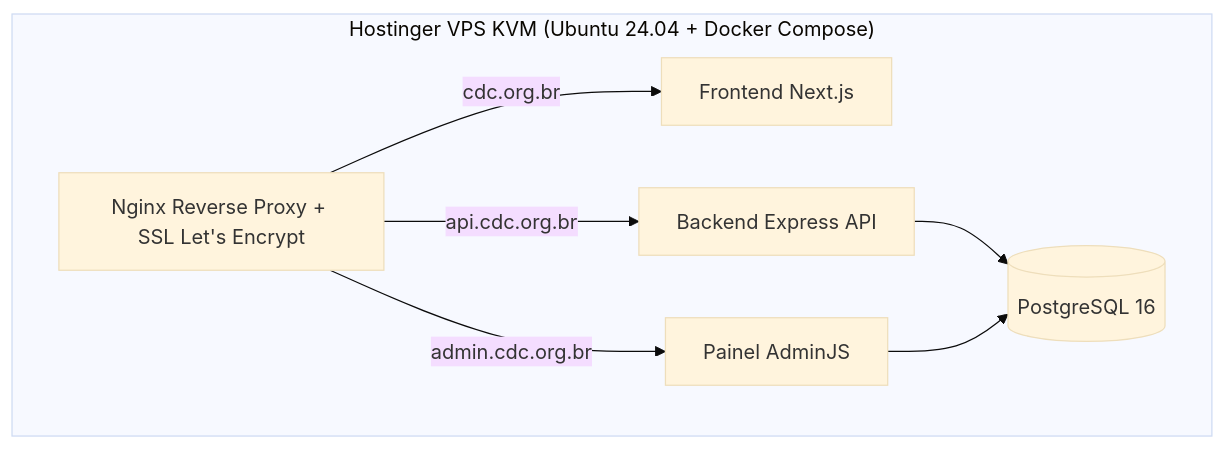
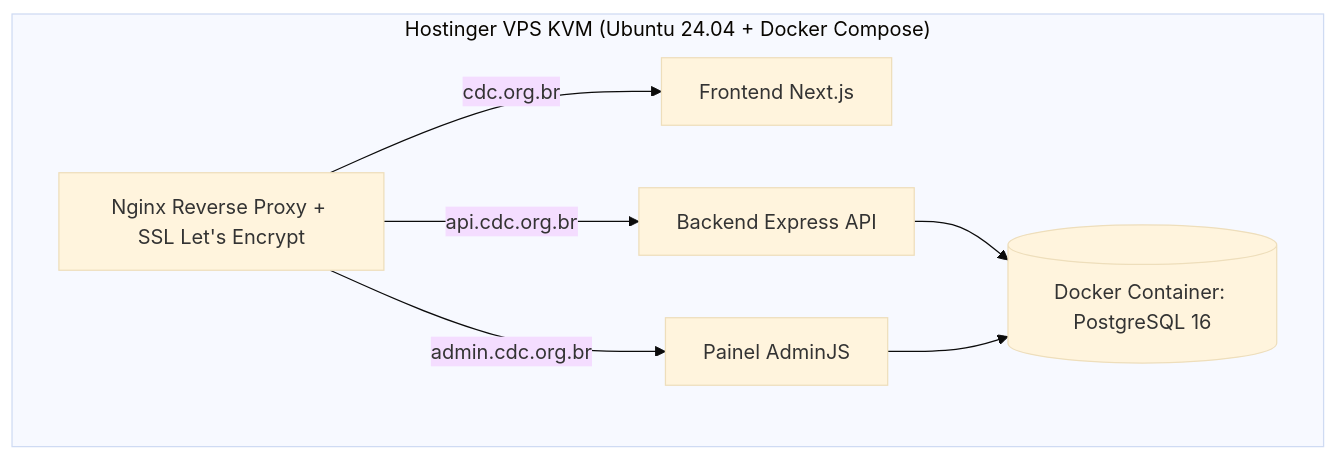
Before and after one commit to cdc-org-2025/site-cdc: the second of 2 diagrams in docs/inquerito_migracao_gcp_hostinger.md, drawn with Mermaid (base theme). The commit also changed other lines of this file, not shown here.

Commit message:
docs: registra instancia oficial de banco de dados Cloud SQL postgres-cdc

````diff
--- a/docs/inquerito_migracao_gcp_hostinger.md
+++ b/docs/inquerito_migracao_gcp_hostinger.md
@@ -30,13 +33,13 @@
 ```mermaid
 graph TD
     subgraph "Hostinger VPS KVM (Ubuntu 24.04 + Docker Compose)"
         Nginx[Nginx Reverse Proxy + SSL Let's Encrypt]
         
         Nginx -->|cdc.org.br| FEContainer[Frontend Next.js]
         Nginx -->|api.cdc.org.br| BEContainer[Backend Express API]
         Nginx -->|admin.cdc.org.br| AdminContainer[Painel AdminJS]
         
-        BEContainer --> PostgresDB[(PostgreSQL 16)]
+        BEContainer --> PostgresDB[(Docker Container: PostgreSQL 16)]
         AdminContainer --> PostgresDB
     end
 ```
````
